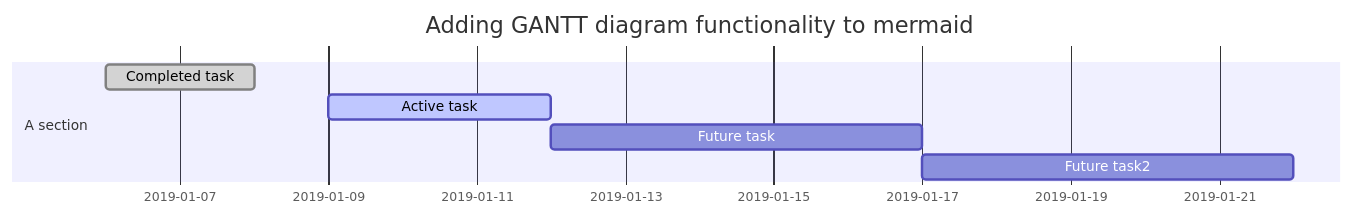
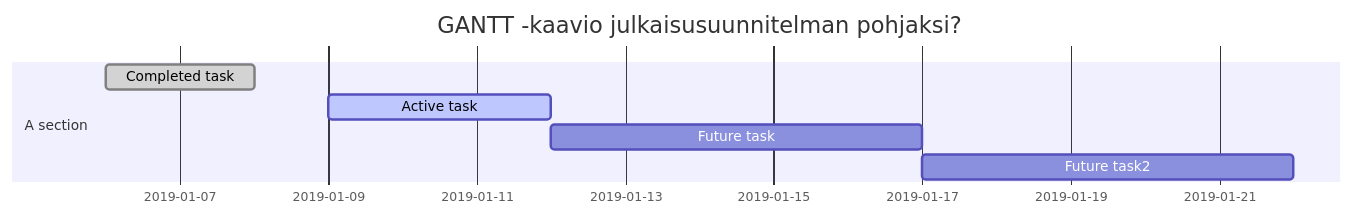
One commit to Betaoptics/ttos0100---2019-implementation changed the diagram in dokumentit/02-vaatimusmaarittely/vaatimusmaarittely.md. Above: the diagram before and after it, drawn with Mermaid. The commit also changed other lines of this file, not shown here.

````diff
--- a/dokumentit/02-vaatimusmaarittely/vaatimusmaarittely.md
+++ b/dokumentit/02-vaatimusmaarittely/vaatimusmaarittely.md
@@ -406,11 +411,11 @@
 ```mermaid
 gantt
         dateFormat  YYYY-MM-DD
-        title Adding GANTT diagram functionality to mermaid
+        title GANTT -kaavio julkaisusuunnitelman pohjaksi?
         section A section
         Completed task            :done,    des1, 2019-01-06,2019-01-08
         Active task               :active,  des2, 2019-01-09, 3d
         Future task               :         des3, after des2, 5d
         Future task2               :         des4, after des3, 5d
         
 ```
````
